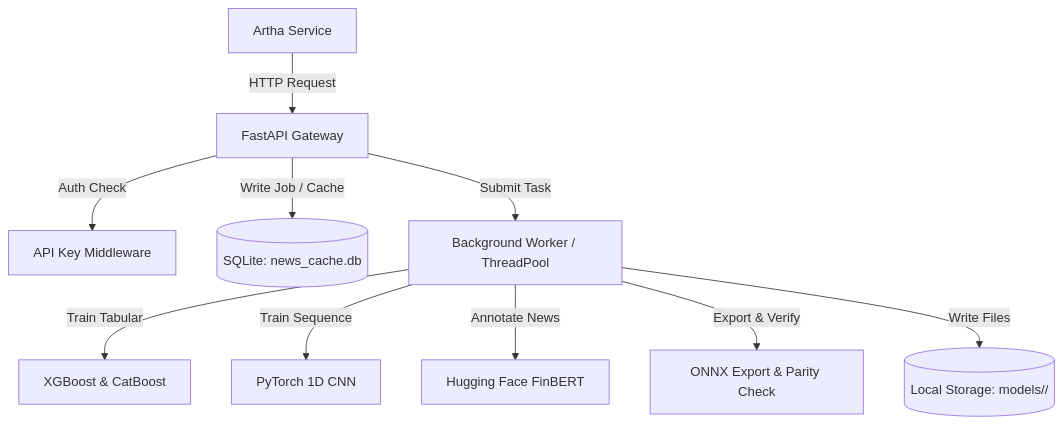
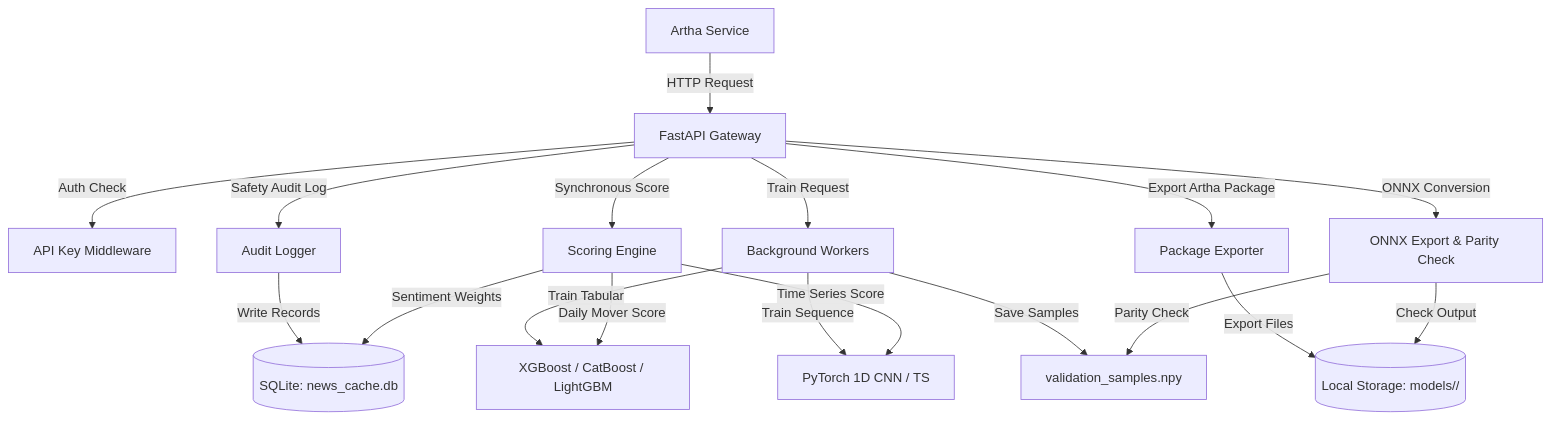
The diagram in README.md (Shivamsharma6/noble-turing), drawn with Mermaid before and after one commit. The commit also changed other lines of this file, not shown here.

Commit message:
docs: update README to document Artha integration features and endpoints

````diff
--- a/README.md
+++ b/README.md
@@ -11,12 +11,24 @@
 ```mermaid
 graph TD
     Artha[Artha Service] -->|HTTP Request| API[FastAPI Gateway]
     API -->|Auth Check| Middleware[API Key Middleware]
-    API -->|Write Job / Cache| DB[(SQLite: news_cache.db)]
-    API -->|Submit Task| BG[Background Worker / ThreadPool]
-    BG -->|Train Tabular| Tabular[XGBoost & CatBoost]
-    BG -->|Train Sequence| PyTorch[PyTorch 1D CNN]
-    BG -->|Annotate News| FinBERT[Hugging Face FinBERT]
-    BG -->|Export & Verify| ONNX[ONNX Export & Parity Check]
-    BG -->|Write Files| Storage[(Local Storage: models/<model_id>/)]
+    API -->|Safety Audit Log| Audit[Audit Logger]
+    Audit -->|Write Records| DB[(SQLite: news_cache.db)]
+    
+    API -->|Train Request| BG[Background Workers]
+    BG -->|Train Tabular| Tabular[XGBoost / CatBoost / LightGBM]
+    BG -->|Train Sequence| PyTorch[PyTorch 1D CNN / TS]
+    BG -->|Save Samples| Validation[validation_samples.npy]
+    
+    API -->|Synchronous Score| Score[Scoring Engine]
+    Score -->|Daily Mover Score| Tabular
+    Score -->|Time Series Score| PyTorch
+    Score -->|Sentiment Weights| DB
+    
+    API -->|Export Artha Package| Exporter[Package Exporter]
+    Exporter -->|Export Files| Storage[(Local Storage: models/<model_id>/)]
+    
+    API -->|ONNX Conversion| ONNX[ONNX Export & Parity Check]
+    ONNX -->|Parity Check| Validation
+    ONNX -->|Check Output| Storage
 ```
````
